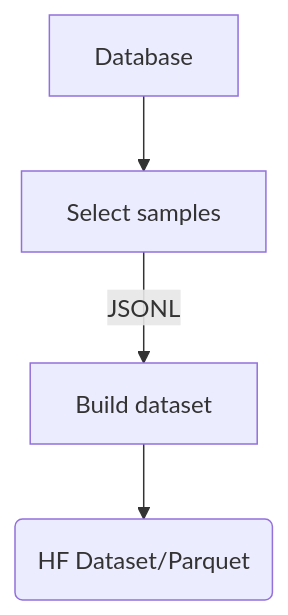
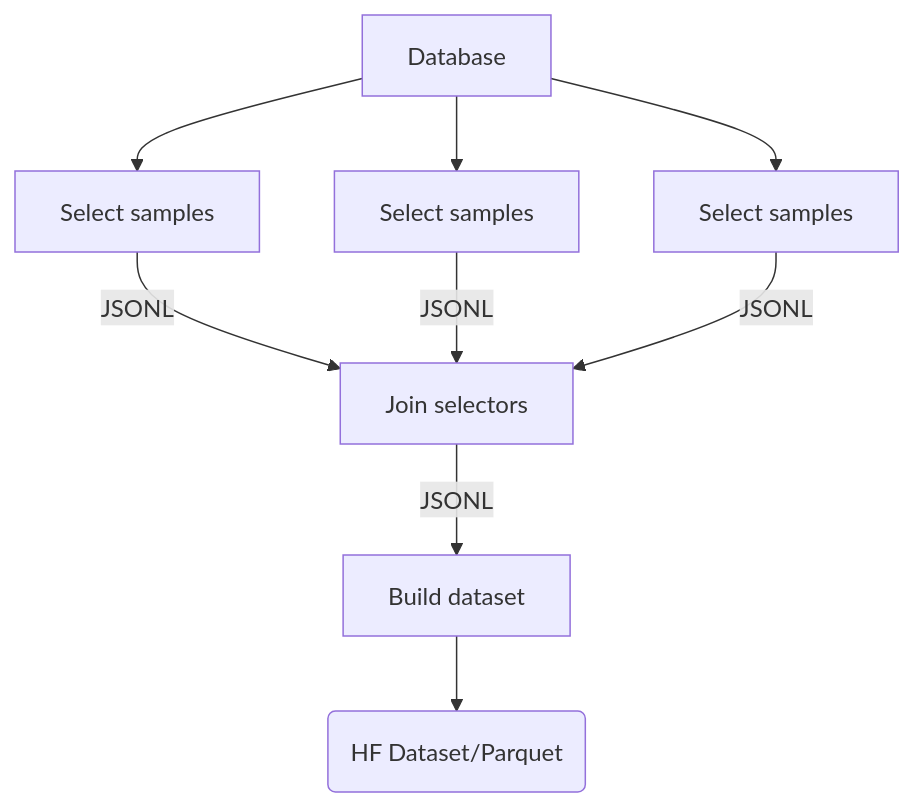
The third of 4 diagrams in README.md (hearmeneigh/e621-rising-configs), drawn with Mermaid before and after one commit. The commit also changed other lines of this file and 2 other files, not shown here.

````diff
--- a/README.md
+++ b/README.md
@@ -212,6 +245,11 @@
 ```mermaid
 flowchart TD
-    STORE[Database] --> SELECT
-    SELECT[Select samples] -- JSONL --> BUILD
+    STORE[Database] --> SELECT1
+    STORE[Database] --> SELECT2
+    STORE[Database] --> SELECT3
+    SELECT1[Select samples] -- JSONL --> JOIN
+    SELECT2[Select samples] -- JSONL --> JOIN
+    SELECT3[Select samples] -- JSONL --> JOIN
+    JOIN[Join selectors] -- JSONL --> BUILD
     BUILD[Build dataset] --> HF(HF Dataset/Parquet)
 ```
````
